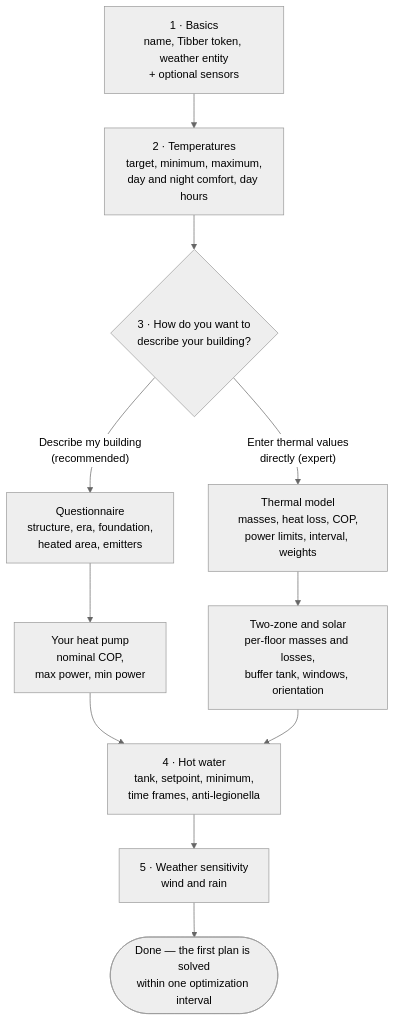
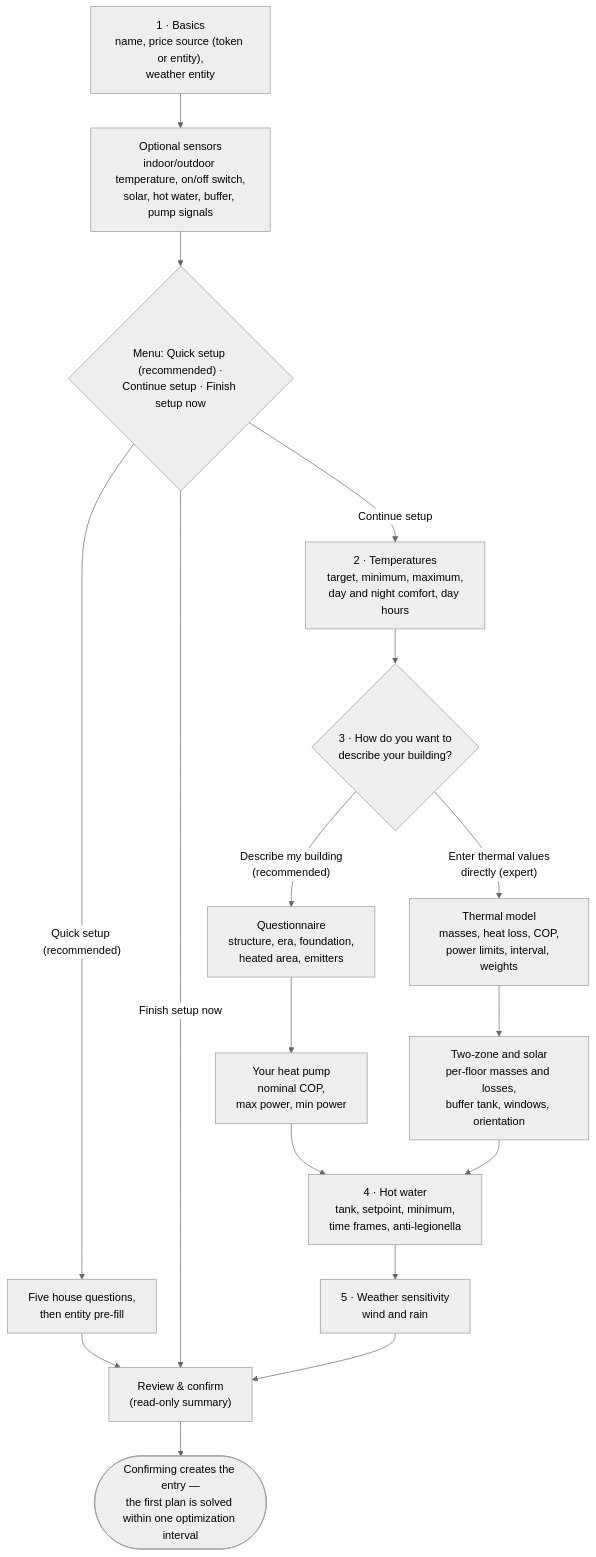
One commit to tvofi/heatpump_optimizer changed the first of 2 diagrams in docs/configuration.md. Above: the diagram before and after it, drawn with Mermaid (neutral theme). The commit also changed other lines of this file and 1 other file, not shown here.

````diff
--- a/docs/configuration.md
+++ b/docs/configuration.md
@@ -28,13 +29,19 @@
 ```mermaid
 flowchart TD
-    A["1 · Basics<br/>name, Tibber token, weather entity<br/>+ optional sensors"] --> B["2 · Temperatures<br/>target, minimum, maximum,<br/>day and night comfort, day hours"]
-    B --> C{"3 · How do you want to<br/>describe your building?"}
+    A["1 · Basics<br/>name, price source (token or entity),<br/>weather entity"] --> B["Optional sensors<br/>indoor/outdoor temperature, on/off switch,<br/>solar, hot water, buffer, pump signals"]
+    B --> M{"Menu: Quick setup (recommended) ·<br/>Continue setup · Finish setup now"}
+    M -- "Quick setup (recommended)" --> Q["Five house questions,<br/>then entity pre-fill"]
+    Q --> R
+    M -- "Finish setup now" --> R["Review &amp; confirm<br/>(read-only summary)"]
+    M -- "Continue setup" --> C2["2 · Temperatures<br/>target, minimum, maximum,<br/>day and night comfort, day hours"]
+    C2 --> C{"3 · How do you want to<br/>describe your building?"}
     C -- "Describe my building<br/>(recommended)" --> D["Questionnaire<br/>structure, era, foundation,<br/>heated area, emitters"]
     D --> E["Your heat pump<br/>nominal COP,<br/>max power, min power"]
     C -- "Enter thermal values<br/>directly (expert)" --> F["Thermal model<br/>masses, heat loss, COP,<br/>power limits, interval, weights"]
     F --> G["Two-zone and solar<br/>per-floor masses and losses,<br/>buffer tank, windows, orientation"]
     E --> H["4 · Hot water<br/>tank, setpoint, minimum,<br/>time frames, anti-legionella"]
     G --> H
     H --> I["5 · Weather sensitivity<br/>wind and rain"]
-    I --> J(["Done — the first plan is solved<br/>within one optimization interval"])
+    I --> R
+    R --> J(["Confirming creates the entry —<br/>the first plan is solved within one optimization interval"])
 ```
````
